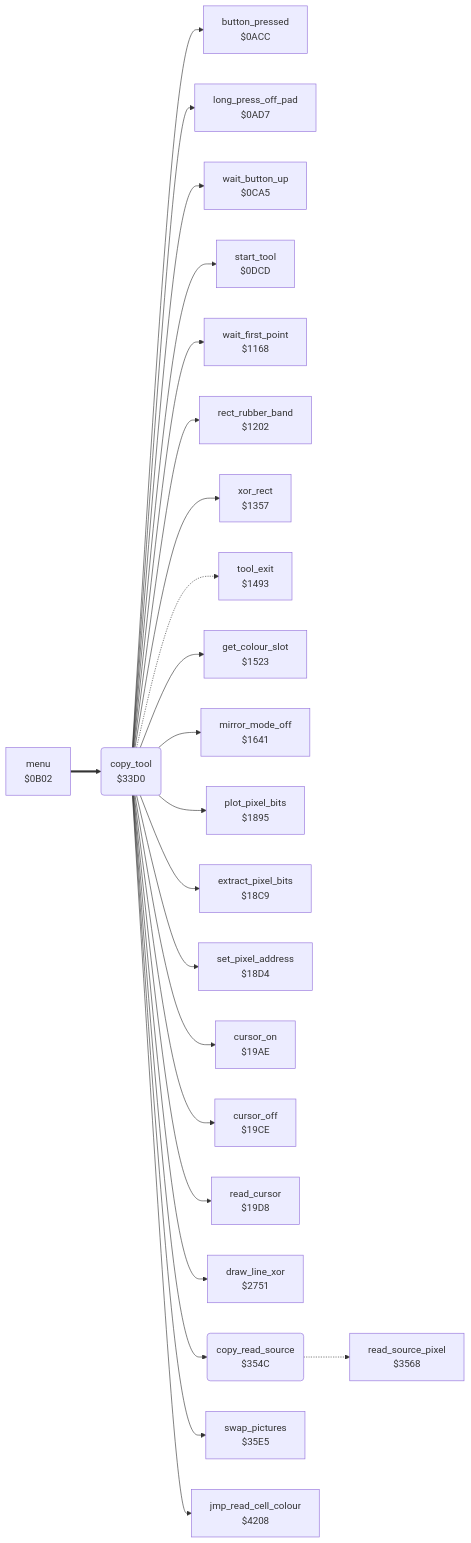
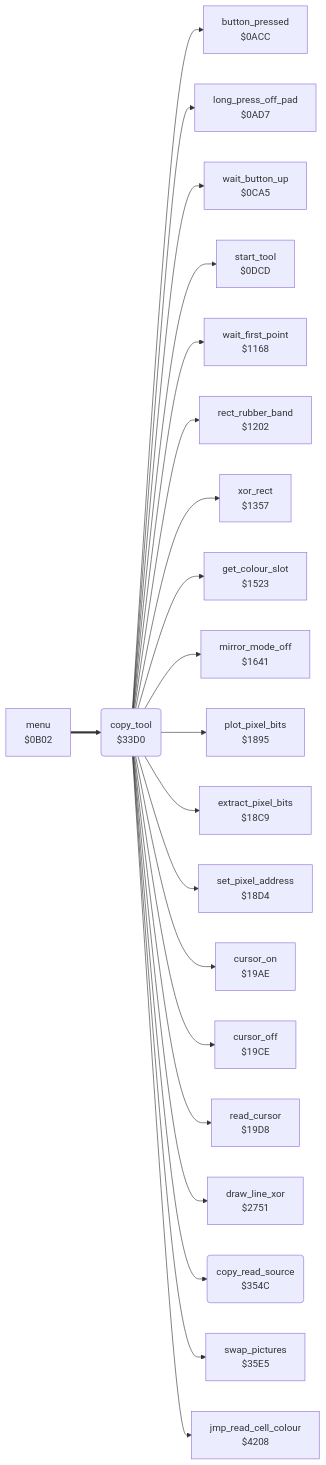
The diagram in koala_painter/v1/docs/reference/modules/tools/copy.md (henols/c64_games), drawn with Mermaid before and after one commit. The commit also changed other lines of this file and 1100 other files, not shown here.

````diff
--- a/koala_painter/v1/docs/reference/modules/tools/copy.md
+++ b/koala_painter/v1/docs/reference/modules/tools/copy.md
@@ -10,48 +17,44 @@
 ```mermaid
 flowchart LR
   n0acc["button_pressed<br/>$0ACC"]
   n0ad7["long_press_off_pad<br/>$0AD7"]
   n0b02["menu<br/>$0B02"]
   n0ca5["wait_button_up<br/>$0CA5"]
   n0dcd["start_tool<br/>$0DCD"]
   n1168["wait_first_point<br/>$1168"]
   n1202["rect_rubber_band<br/>$1202"]
   n1357["xor_rect<br/>$1357"]
-  n1493["tool_exit<br/>$1493"]
   n1523["get_colour_slot<br/>$1523"]
   n1641["mirror_mode_off<br/>$1641"]
   n1895["plot_pixel_bits<br/>$1895"]
   n18c9["extract_pixel_bits<br/>$18C9"]
   n18d4["set_pixel_address<br/>$18D4"]
   n19ae["cursor_on<br/>$19AE"]
   n19ce["cursor_off<br/>$19CE"]
   n19d8["read_cursor<br/>$19D8"]
   n2751["draw_line_xor<br/>$2751"]
   n33d0("copy_tool<br/>$33D0")
   n354c("copy_read_source<br/>$354C")
-  n3568["read_source_pixel<br/>$3568"]
   n35e5["swap_pictures<br/>$35E5"]
   n4208["jmp_read_cell_colour<br/>$4208"]
   n0b02 ==> n33d0
   n33d0 --> n0acc
   n33d0 --> n0ad7
   n33d0 --> n0ca5
   n33d0 --> n0dcd
   n33d0 --> n1168
   n33d0 --> n1202
   n33d0 --> n1357
-  n33d0 -.-> n1493
   n33d0 --> n1523
   n33d0 --> n1641
   n33d0 --> n1895
   n33d0 --> n18c9
   n33d0 --> n18d4
   n33d0 --> n19ae
   n33d0 --> n19ce
   n33d0 --> n19d8
   n33d0 --> n2751
   n33d0 --> n354c
   n33d0 --> n35e5
   n33d0 --> n4208
-  n354c -.-> n3568
 ```
````
